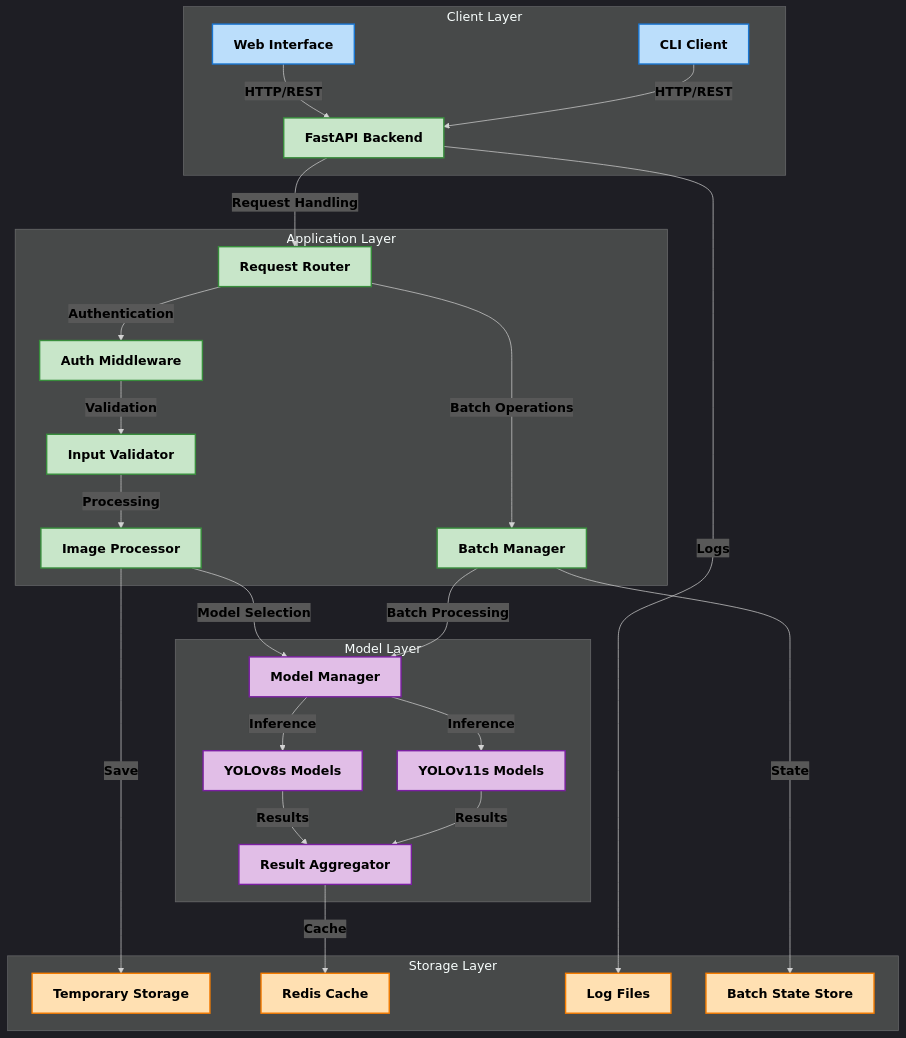
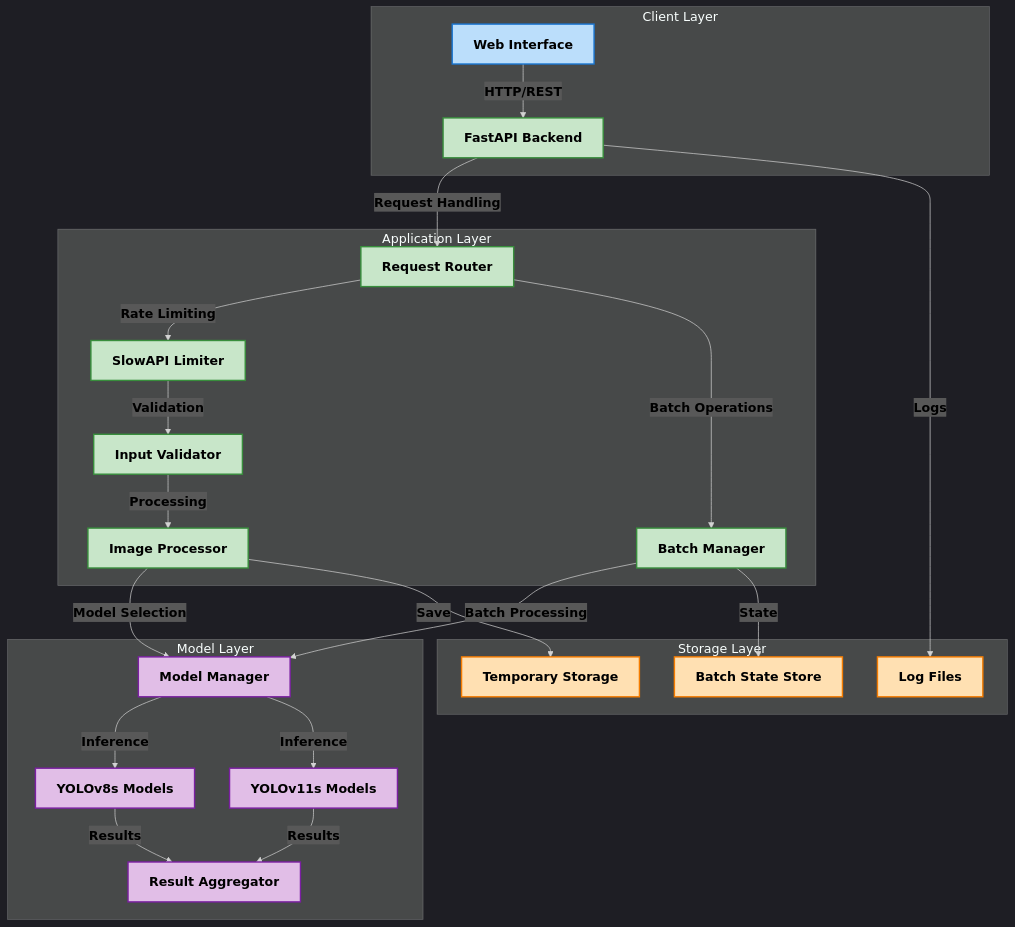
Before and after one commit to Dhruv0306/SymphonyProject1: the diagram in docs/images/High Level System Overview.mmd, drawn with Mermaid. The commit also changed 19 other files, not shown here.

Commit message:
Update: Documentations + Diagrams

```diff
--- a/docs/images/High Level System Overview.mmd
+++ b/docs/images/High Level System Overview.mmd
@@ -1,49 +1,45 @@
 %%{init: {'theme': 'dark', 'themeVariables': { 'fontFamily': 'arial', 'fontSize': '18px', 'fontWeight': 'bold'}}}%%
 graph TD
     subgraph "Client Layer"
         style A fill:#bbdefb,stroke:#1976d2,stroke-width:2px,color:#000000,font-weight:bold
-        style Z fill:#bbdefb,stroke:#1976d2,stroke-width:2px,color:#000000,font-weight:bold
         A["Web Interface"] -->|"HTTP/REST"| B["FastAPI Backend"]
-        Z["CLI Client"] -->|"HTTP/REST"| B
     end
 
     subgraph "Application Layer"
         style B fill:#c8e6c9,stroke:#388e3c,stroke-width:2px,color:#000000,font-weight:bold
         style C fill:#c8e6c9,stroke:#388e3c,stroke-width:2px,color:#000000,font-weight:bold
         style D fill:#c8e6c9,stroke:#388e3c,stroke-width:2px,color:#000000,font-weight:bold
         style E fill:#c8e6c9,stroke:#388e3c,stroke-width:2px,color:#000000,font-weight:bold
         style F fill:#c8e6c9,stroke:#388e3c,stroke-width:2px,color:#000000,font-weight:bold
         style X fill:#c8e6c9,stroke:#388e3c,stroke-width:2px,color:#000000,font-weight:bold
         B -->|"Request Handling"| C["Request Router"]
-        C -->|"Authentication"| D["Auth Middleware"]
+        C -->|"Rate Limiting"| D["SlowAPI Limiter"]
         D -->|"Validation"| E["Input Validator"]
         E -->|"Processing"| F["Image Processor"]
         C -->|"Batch Operations"| X["Batch Manager"]
     end
 
     subgraph "Model Layer"
         style G fill:#e1bee7,stroke:#7b1fa2,stroke-width:2px,color:#000000,font-weight:bold
         style H fill:#e1bee7,stroke:#7b1fa2,stroke-width:2px,color:#000000,font-weight:bold
         style I fill:#e1bee7,stroke:#7b1fa2,stroke-width:2px,color:#000000,font-weight:bold
         style J fill:#e1bee7,stroke:#7b1fa2,stroke-width:2px,color:#000000,font-weight:bold
         F -->|"Model Selection"| G["Model Manager"]
         G -->|"Inference"| H["YOLOv8s Models"]
         G -->|"Inference"| I["YOLOv11s Models"]
         H -->|"Results"| J["Result Aggregator"]
         I -->|"Results"| J
         X -->|"Batch Processing"| G
     end
 
     subgraph "Storage Layer" 
         style K fill:#ffe0b2,stroke:#f57c00,stroke-width:2px,color:#000000,font-weight:bold
-        style L fill:#ffe0b2,stroke:#f57c00,stroke-width:2px,color:#000000,font-weight:bold
         style M fill:#ffe0b2,stroke:#f57c00,stroke-width:2px,color:#000000,font-weight:bold
         style N fill:#ffe0b2,stroke:#f57c00,stroke-width:2px,color:#000000,font-weight:bold
         F -->|"Save"| K["Temporary Storage"]
-        J -->|"Cache"| L["Redis Cache"]
         B -->|"Logs"| M["Log Files"]
         X -->|"State"| N["Batch State Store"]
     end
 
     %% Style all edge labels
     linkStyle default color:#000000,font-weight:bold
```
